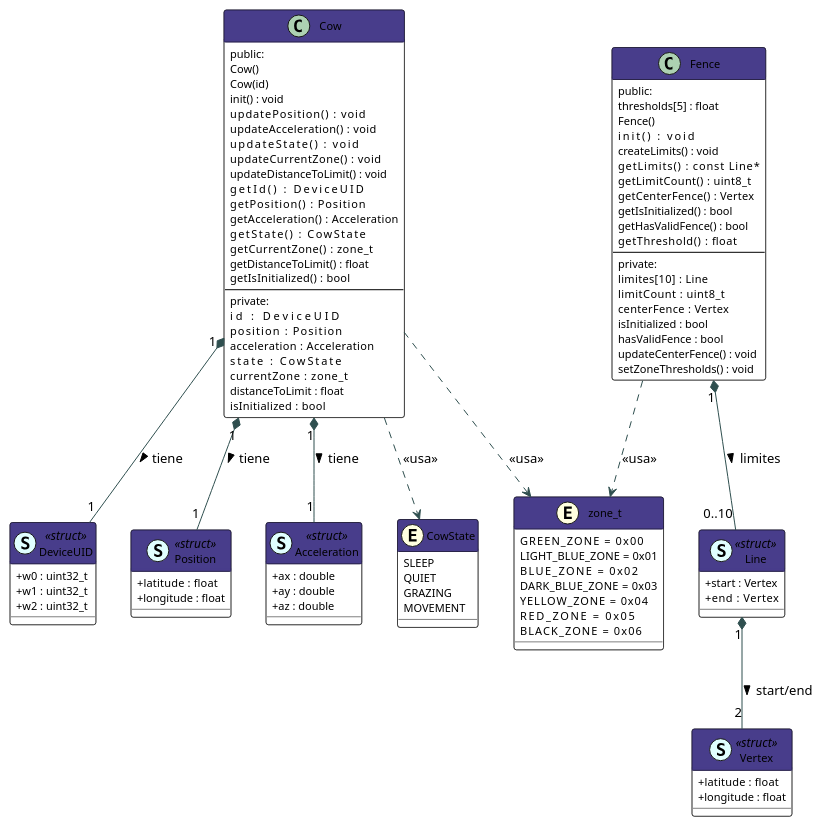
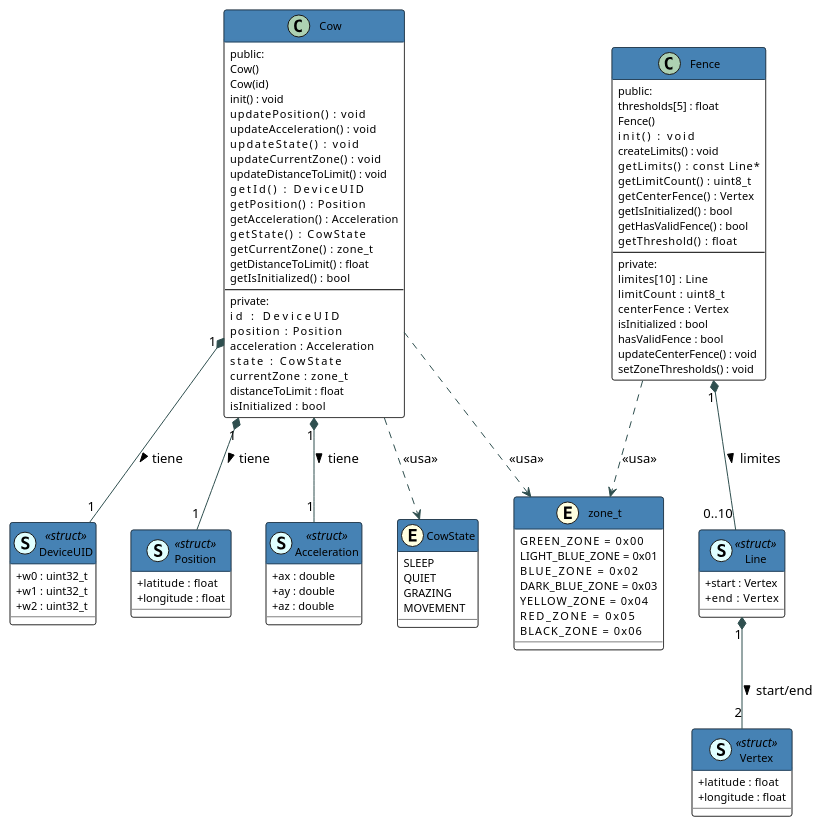
One commit to AgustinPessina00/TPP-IntelliFence changed the diagram in docs/06 UMLs/cow_fence_class.puml. Above: the diagram before and after it, drawn with PlantUML. The commit also changed 9 other files, not shown here.

```diff
--- a/docs/06 UMLs/cow_fence_class.puml
+++ b/docs/06 UMLs/cow_fence_class.puml
@@ -1,138 +1,138 @@
 @startuml cow_fence_class
 
 skinparam classAttributeIconSize 0
 skinparam class {
     BackgroundColor White
     BorderColor Black
-    HeaderBackgroundColor DarkSlateBlue
+    HeaderBackgroundColor SteelBlue
     HeaderFontColor White
     FontSize 12
     AttributeFontSize 11
 }
 skinparam enum {
     BackgroundColor LightYellow
     BorderColor DarkGoldenRod
 }
 skinparam ArrowColor DarkSlateGray
 
 ' ──────────────────────────────────────────────
 ' Enums y tipos
 ' ──────────────────────────────────────────────
 enum zone_t << (E,LightYellow) >> {
     GREEN_ZONE       = 0x00
     LIGHT_BLUE_ZONE  = 0x01
     BLUE_ZONE        = 0x02
     DARK_BLUE_ZONE   = 0x03
     YELLOW_ZONE      = 0x04
     RED_ZONE         = 0x05
     BLACK_ZONE       = 0x06
 }
 
 enum CowState << (E,LightYellow) >> {
     SLEEP
     QUIET
     GRAZING
     MOVEMENT
 }
 
 ' ──────────────────────────────────────────────
 ' Structs auxiliares
 ' ──────────────────────────────────────────────
 class DeviceUID << (S,LightCyan) struct >> {
     + w0 : uint32_t
     + w1 : uint32_t
     + w2 : uint32_t
 }
 
 class Position << (S,LightCyan) struct >> {
     + latitude  : float
     + longitude : float
 }
 
 class Acceleration << (S,LightCyan) struct >> {
     + ax : double
     + ay : double
     + az : double
 }
 
 class Vertex << (S,LightCyan) struct >> {
     + latitude  : float
     + longitude : float
 }
 
 class Line << (S,LightCyan) struct >> {
     + start : Vertex
     + end   : Vertex
 }
 
 ' ──────────────────────────────────────────────
 ' Clase Cow
 ' ──────────────────────────────────────────────
 class Cow {
     public:
     Cow()
     Cow(id)
     init() : void
     updatePosition()        : void
     updateAcceleration()    : void
     updateState()           : void
     updateCurrentZone()     : void
     updateDistanceToLimit() : void
     getId()              : DeviceUID
     getPosition()        : Position
     getAcceleration()    : Acceleration
     getState()           : CowState
     getCurrentZone()     : zone_t
     getDistanceToLimit() : float
     getIsInitialized()   : bool
     --
     private:
     id              : DeviceUID
     position        : Position
     acceleration    : Acceleration
     state           : CowState
     currentZone     : zone_t
     distanceToLimit : float
     isInitialized   : bool
 }
 
 ' ──────────────────────────────────────────────
 ' Clase Fence
 ' ──────────────────────────────────────────────
 class Fence {
     public:
     thresholds[5] : float
     Fence()
     init()         : void
     createLimits() : void
     getLimits()        : const Line*
     getLimitCount()    : uint8_t
     getCenterFence()   : Vertex
     getIsInitialized() : bool
     getHasValidFence() : bool
     getThreshold()     : float
     --
     private:
     limites[10]   : Line
     limitCount    : uint8_t
     centerFence   : Vertex
     isInitialized : bool
     hasValidFence : bool
     updateCenterFence() : void
     setZoneThresholds() : void
 }
 
 ' ──────────────────────────────────────────────
 ' Relaciones
 ' ──────────────────────────────────────────────
 Cow "1" *-- "1" DeviceUID    : tiene >
 Cow "1" *-- "1" Position     : tiene >
 Cow "1" *-- "1" Acceleration : tiene >
 Cow ..> CowState : <<usa>>
 Cow ..> zone_t   : <<usa>>
 
 Fence "1" *-- "0..10" Line   : limites >
 Line  "1" *-- "2"     Vertex : start/end >
 Fence ..> zone_t             : <<usa>>
 
 @enduml
```
